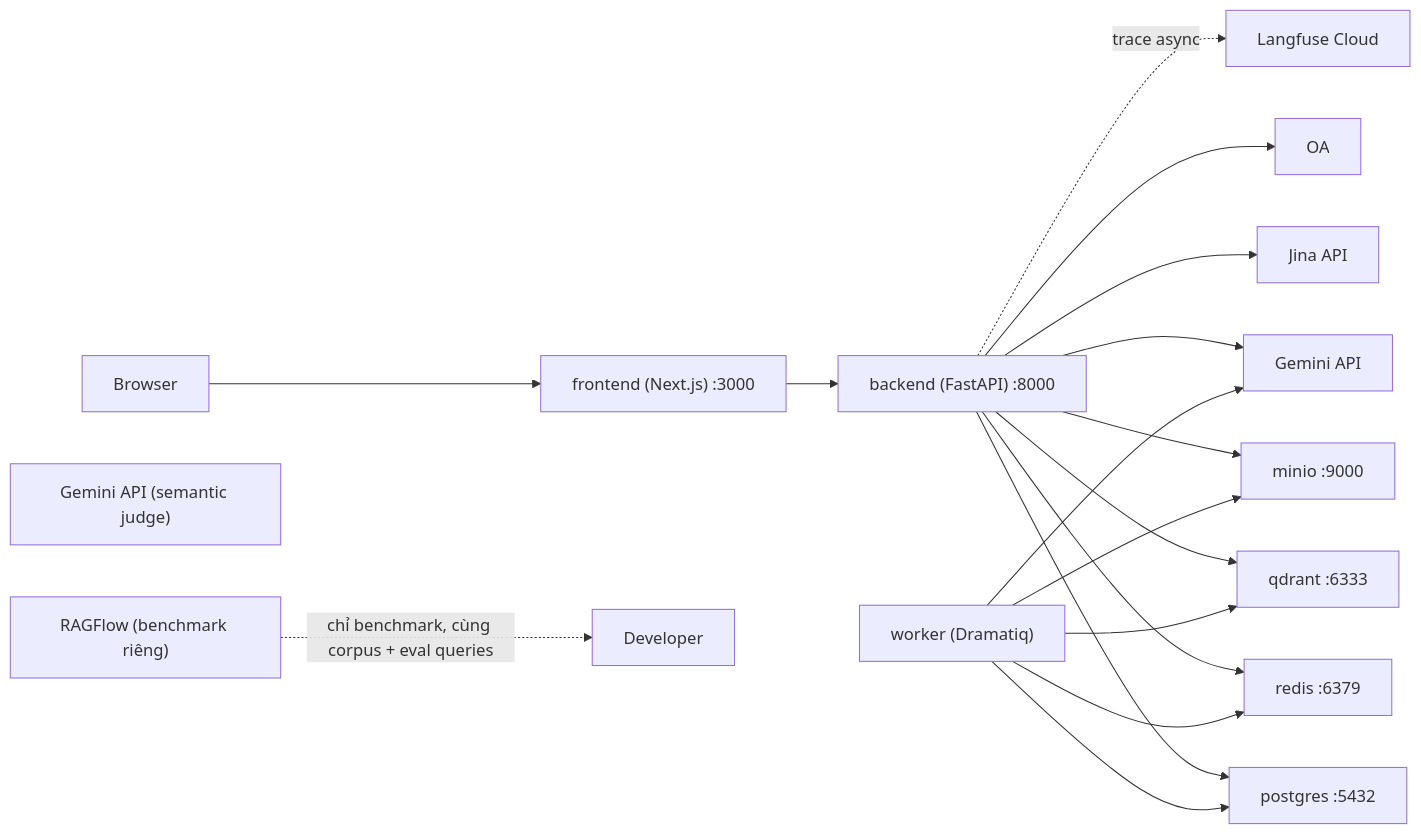
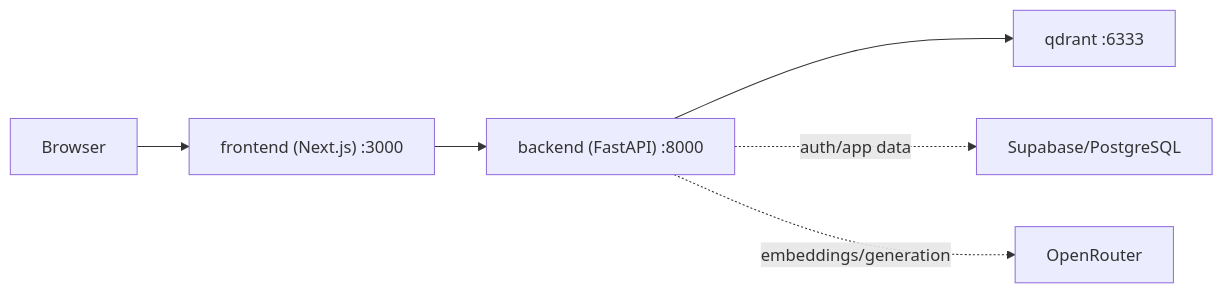
Before and after one commit to PhucTruong-ctrl/vn-traffic-law-RAG: the first of 2 diagrams in docs/07-deployment.md, drawn with Mermaid. The commit also changed other lines of this file and 62 other files, not shown here.

First line of the commit message:
Align MVP runtime docs and authenticated chat flow

````diff
--- a/docs/07-deployment.md
+++ b/docs/07-deployment.md
@@ -104,34 +97,8 @@
 ```mermaid
 graph LR
-    B["Browser"]
-    FE["frontend (Next.js) :3000"]
-    API["backend (FastAPI) :8000"]
-    WK["worker (Dramatiq)"]
-    PG["postgres :5432"]
-    QD["qdrant :6333"]
-    RD["redis :6379"]
-    MO["minio :9000"]
-    LF["Langfuse Cloud"]
-    GEN["Gemini API"]
-    JN["Jina API"]
-    GEMJ["Gemini API (semantic judge)"]
-    RAGF["RAGFlow (benchmark riêng)"]
-
-    B --> FE
-    FE --> API
-    API --> PG
-    API --> QD
-    API --> RD
-    API --> MO
-    WK --> RD
-    WK --> PG
-    WK --> QD
-    WK --> MO
-    API --> GEN
-    API --> JN
-    WK --> GEN
-    API --> OA
-    API -. "trace async" .-> LF
-    RAGF -. "chỉ benchmark, cùng corpus + eval queries" .-> DEV
-    DEV["Developer"]
+    B["Browser"] --> FE["frontend (Next.js) :3000"]
+    FE --> API["backend (FastAPI) :8000"]
+    API --> QD["qdrant :6333"]
+    API -. "auth/app data" .-> SB["Supabase/PostgreSQL"]
+    API -. "embeddings/generation" .-> OR["OpenRouter"]
 ```
````
